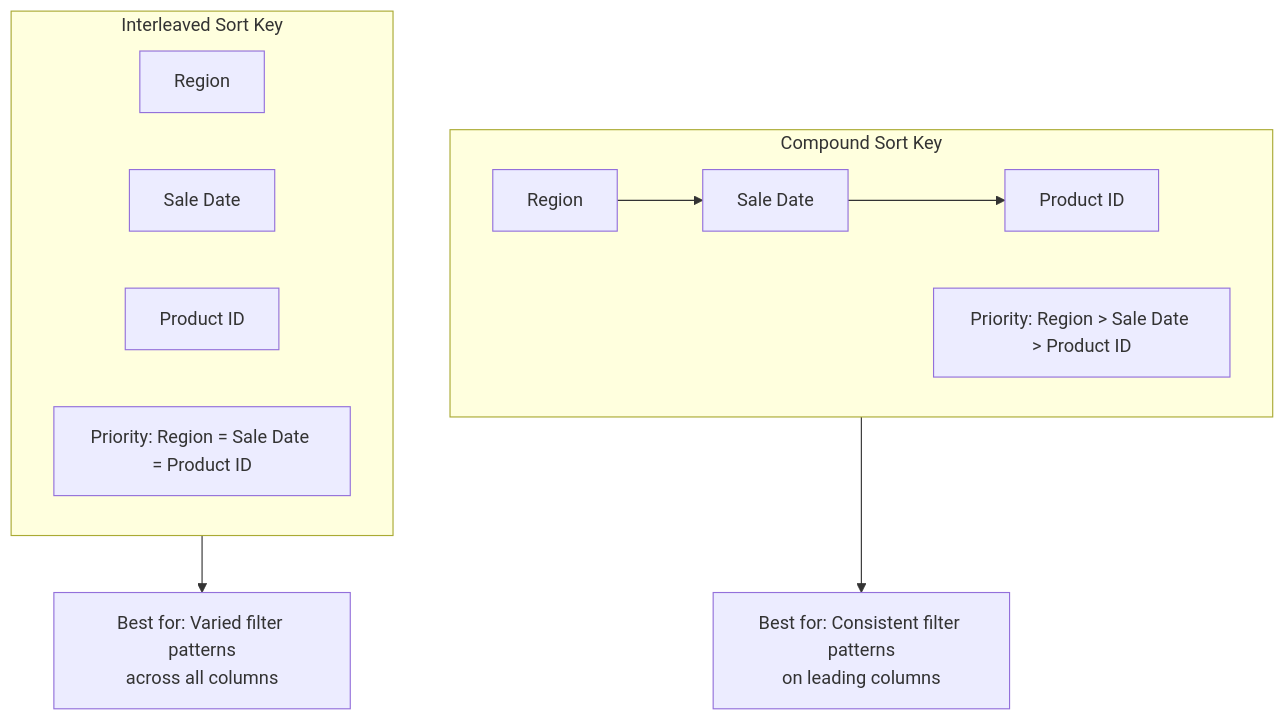
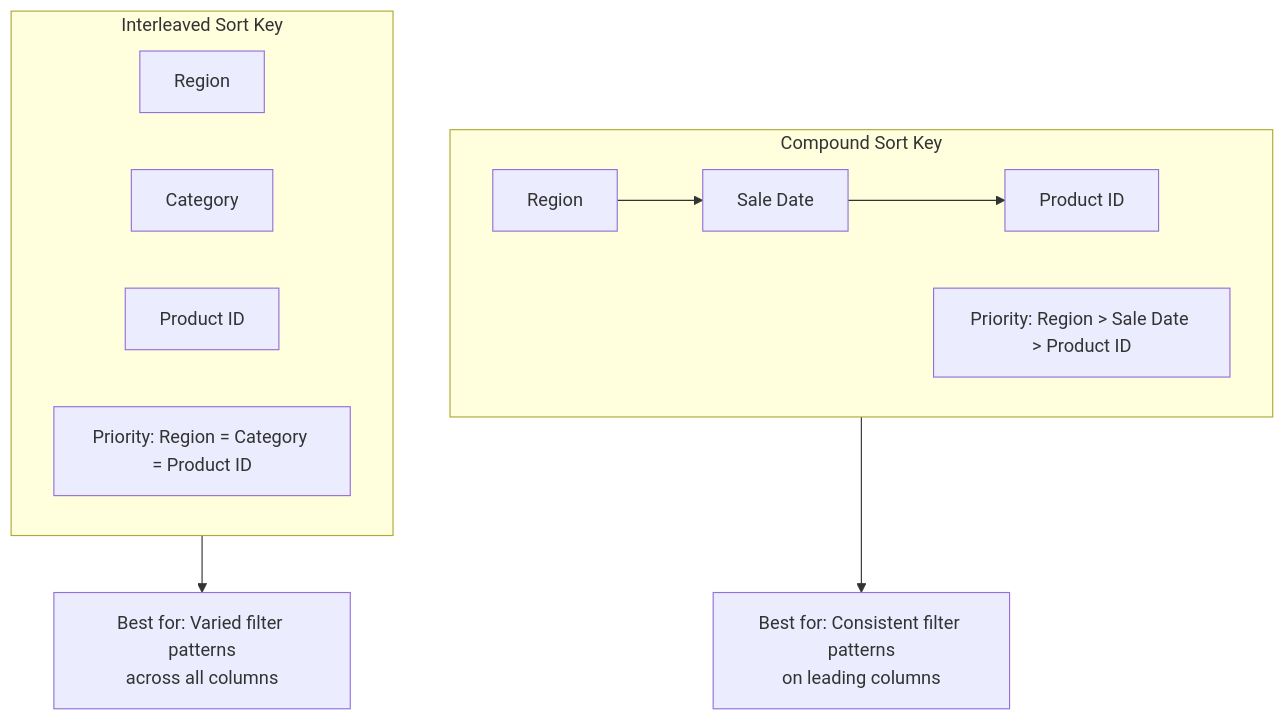
The third of 4 diagrams in posts/2026-01-30-data-warehouse-sort-keys/README.md (OneUptime/blog), drawn with Mermaid before and after one commit. The commit also changed other lines of this file and 876 other files, not shown here.

````diff
--- a/posts/2026-01-30-data-warehouse-sort-keys/README.md
+++ b/posts/2026-01-30-data-warehouse-sort-keys/README.md
@@ -170,18 +170,18 @@
 ```mermaid
 flowchart TB
     subgraph Compound[Compound Sort Key]
         C1[Region] --> C2[Sale Date]
         C2 --> C3[Product ID]
         C4[Priority: Region > Sale Date > Product ID]
     end
 
     subgraph Interleaved[Interleaved Sort Key]
         I1[Region]
-        I2[Sale Date]
+        I2[Category]
         I3[Product ID]
-        I4[Priority: Region = Sale Date = Product ID]
+        I4[Priority: Region = Category = Product ID]
     end
 
     Compound --> CP[Best for: Consistent filter patterns<br/>on leading columns]
     Interleaved --> IP[Best for: Varied filter patterns<br/>across all columns]
 ```
````
